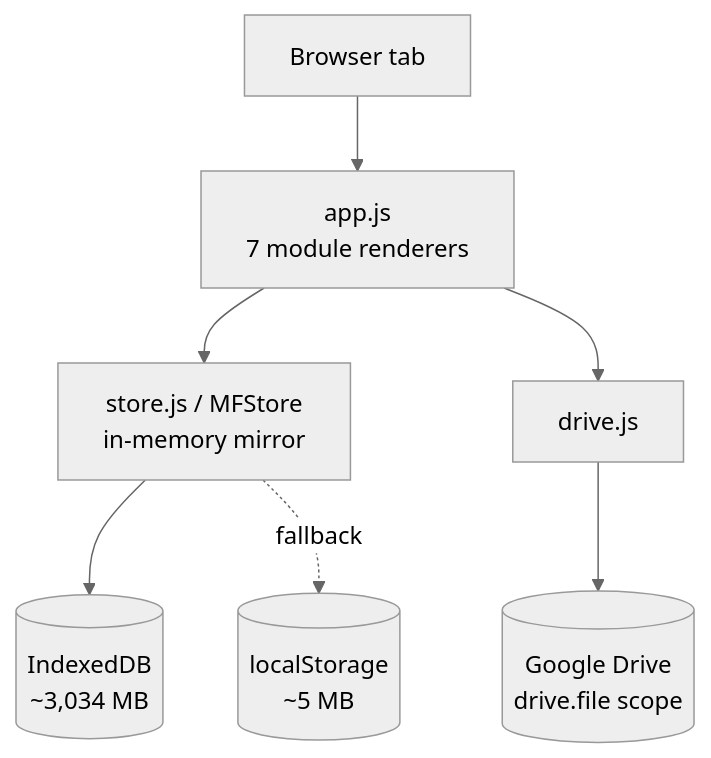
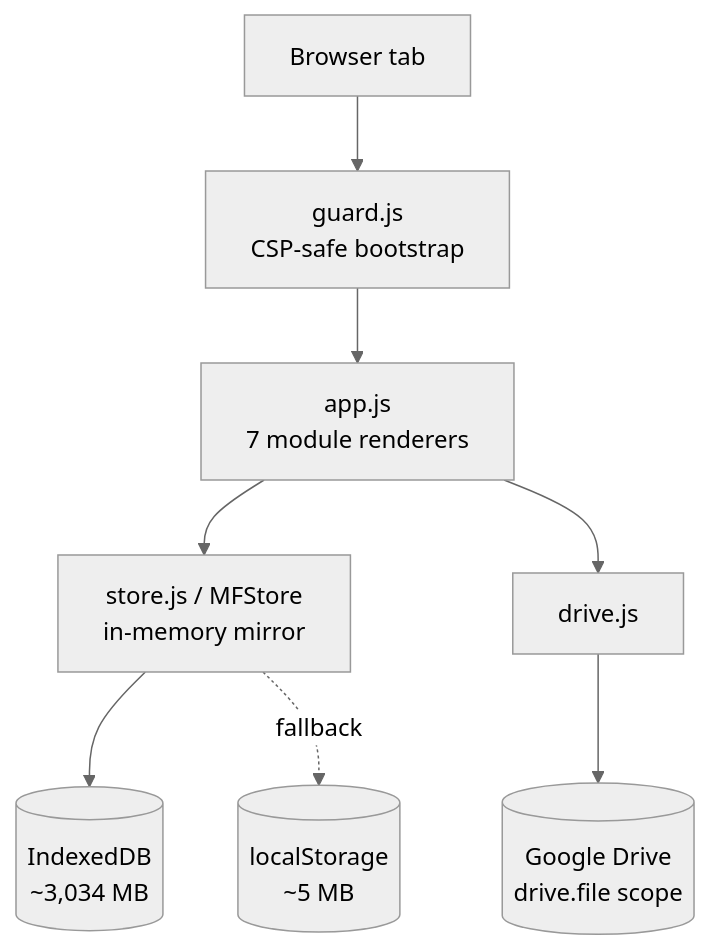
The second of 2 diagrams in docs/PROPOSAL.md (KaonHew02/MoneyFlow), drawn with Mermaid (neutral theme) before and after one commit. The commit also changed other lines of this file and 2 other files, not shown here.

````diff
--- a/docs/PROPOSAL.md
+++ b/docs/PROPOSAL.md
@@ -279,9 +284,10 @@
 ```mermaid
 flowchart TD
-  U["Browser tab"] --> A["app.js<br/>7 module renderers"]
+  U["Browser tab"] --> G["guard.js<br/>CSP-safe bootstrap"]
+  G --> A["app.js<br/>7 module renderers"]
   A --> S["store.js / MFStore<br/>in-memory mirror"]
   S --> IDB[("IndexedDB<br/>~3,034 MB")]
   S -.->|"fallback"| LS[("localStorage<br/>~5 MB")]
   A --> D["drive.js"]
   D --> GD[("Google Drive<br/>drive.file scope")]
 ```
````
